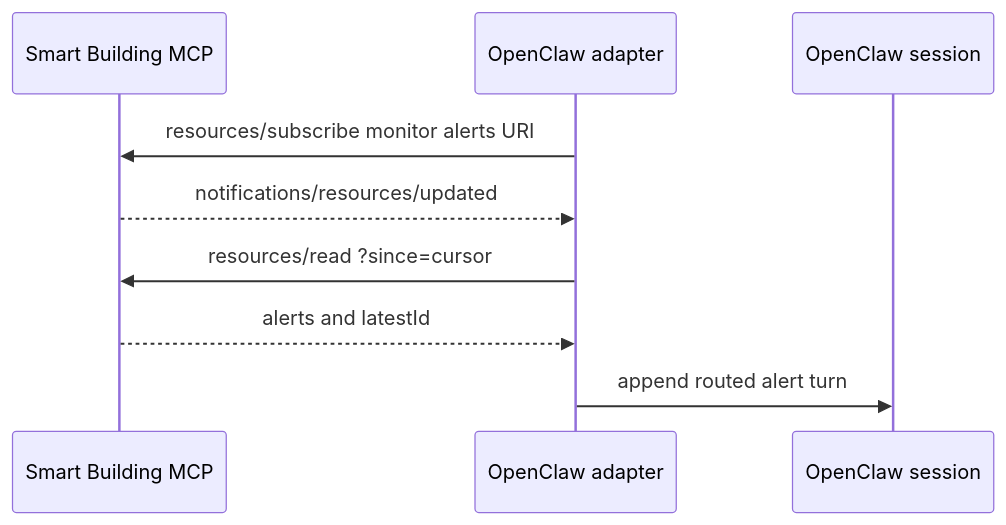
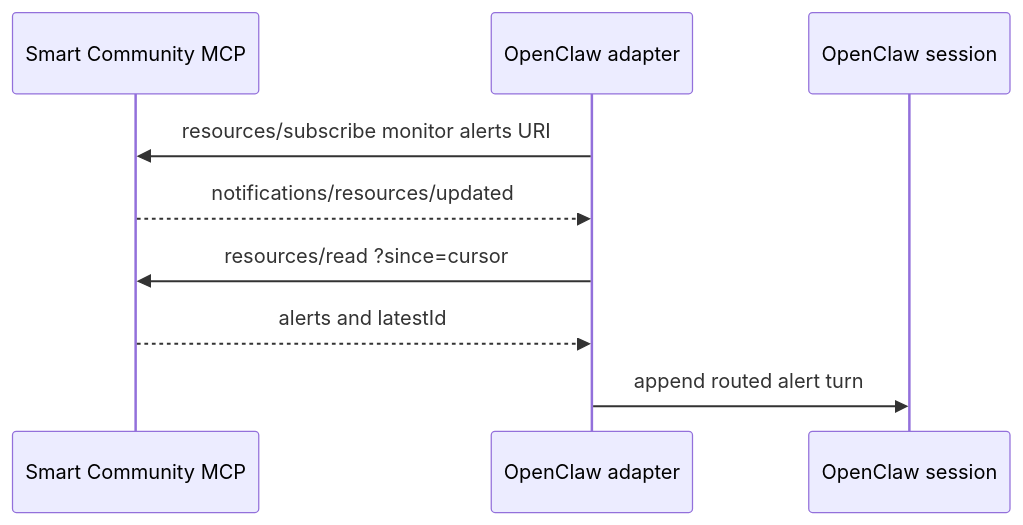
The diagram in agentic-smart-community/packages/framework-adapter-sdk/examples/openclaw/README.md (jbuksinski-intel/metro-ai-suite), drawn with Mermaid before and after one commit. The commit also changed other lines of this file and 119 other files, not shown here.

Commit message:
[Agentic-Smart-Community] Standardize naming globally (#3684)

````diff
--- a/agentic-smart-community/packages/framework-adapter-sdk/examples/openclaw/README.md
+++ b/agentic-smart-community/packages/framework-adapter-sdk/examples/openclaw/README.md
@@ -13,12 +13,12 @@
 ```mermaid
 sequenceDiagram
-    participant MCP as Smart Building MCP
+    participant MCP as Smart Community MCP
     participant Adapter as OpenClaw adapter
     participant Session as OpenClaw session
 
     Adapter->>MCP: resources/subscribe monitor alerts URI
     MCP-->>Adapter: notifications/resources/updated
     Adapter->>MCP: resources/read ?since=cursor
     MCP-->>Adapter: alerts and latestId
     Adapter->>Session: append routed alert turn
 ```
````
